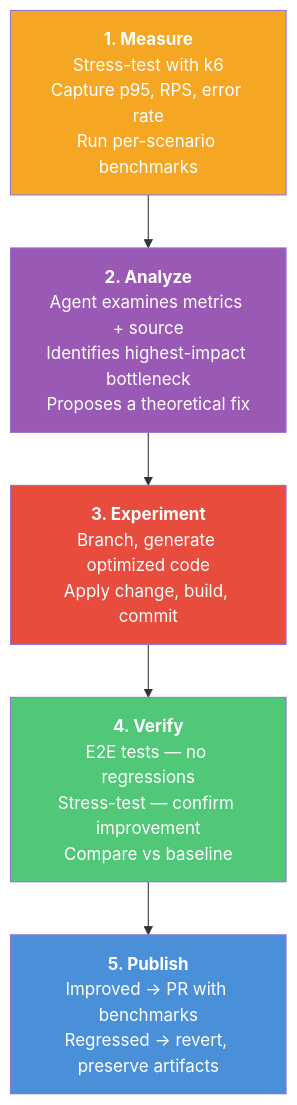
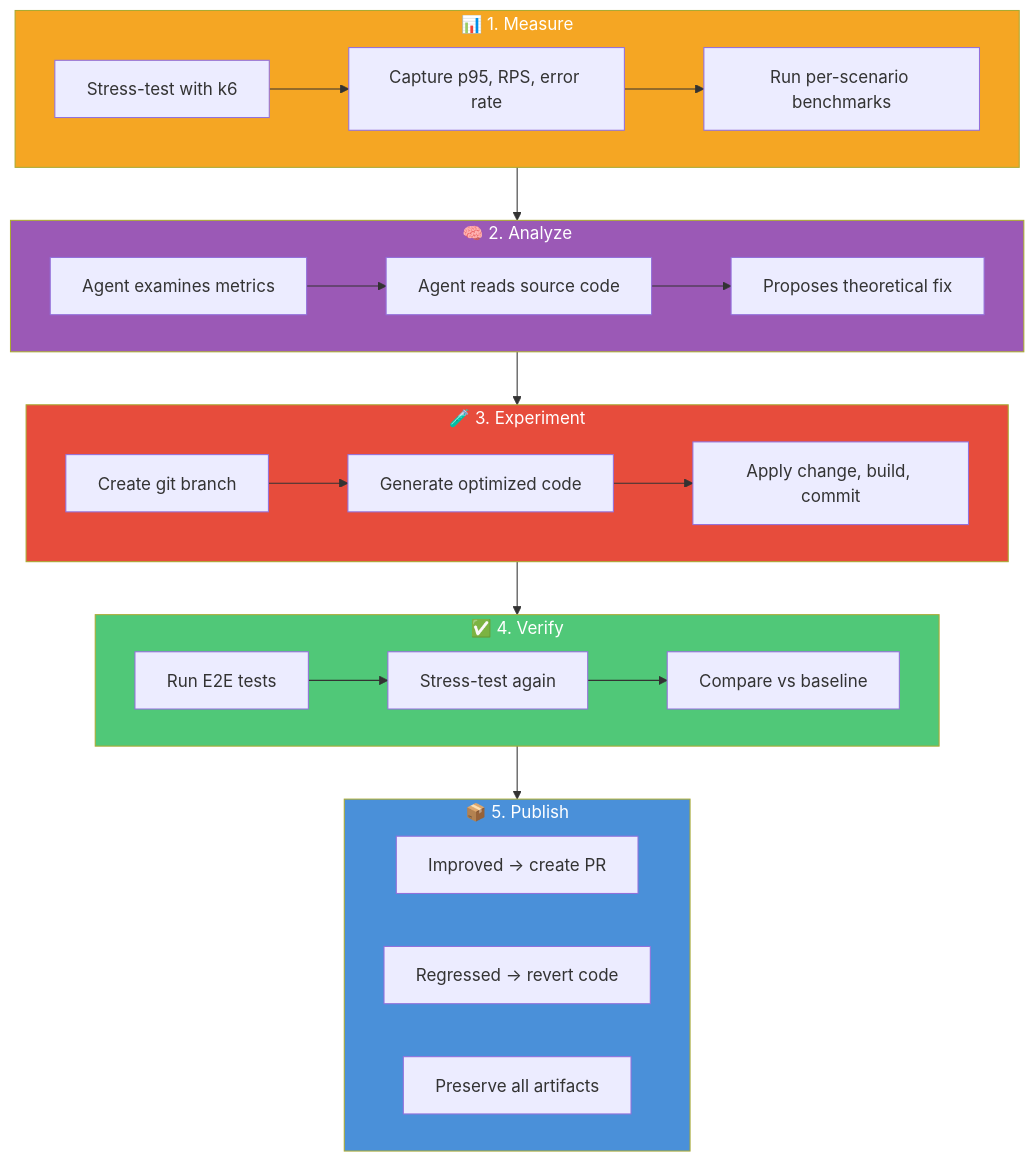
Before and after one commit to J-Bax/Hone: the first of 2 diagrams in docs/architecture.md, drawn with Mermaid.

Commit message:
docs: use subgraph groupings for iteration flow diagram
Each phase is now a subgraph containing individual step boxes,
avoiding text overflow in mermaid nodes.

````diff
--- a/docs/architecture.md
+++ b/docs/architecture.md
@@ -25,16 +25,44 @@
 ```mermaid
 flowchart TD
-    MEASURE["<b>1. Measure</b><br/>Stress-test with k6<br/>Capture p95, RPS, error rate<br/>Run per-scenario benchmarks"]
-    ANALYZE["<b>2. Analyze</b><br/>Agent examines metrics + source<br/>Identifies highest-impact bottleneck<br/>Proposes a theoretical fix"]
-    EXPERIMENT["<b>3. Experiment</b><br/>Branch, generate optimized code<br/>Apply change, build, commit"]
-    VERIFY["<b>4. Verify</b><br/>E2E tests — no regressions<br/>Stress-test — confirm improvement<br/>Compare vs baseline"]
-    PUBLISH["<b>5. Publish</b><br/>Improved → PR with benchmarks<br/>Regressed → revert, preserve artifacts"]
+    subgraph MEASURE["📊 1. Measure"]
+        M1["Stress-test with k6"]
+        M2["Capture p95, RPS, error rate"]
+        M3["Run per-scenario benchmarks"]
+        M1 --> M2 --> M3
+    end
+
+    subgraph ANALYZE["🧠 2. Analyze"]
+        A1["Agent examines metrics"]
+        A2["Agent reads source code"]
+        A3["Proposes theoretical fix"]
+        A1 --> A2 --> A3
+    end
+
+    subgraph EXPERIMENT["🧪 3. Experiment"]
+        E1["Create git branch"]
+        E2["Generate optimized code"]
+        E3["Apply change, build, commit"]
+        E1 --> E2 --> E3
+    end
+
+    subgraph VERIFY["✅ 4. Verify"]
+        V1["Run E2E tests"]
+        V2["Stress-test again"]
+        V3["Compare vs baseline"]
+        V1 --> V2 --> V3
+    end
+
+    subgraph PUBLISH["📦 5. Publish"]
+        P1["Improved → create PR"]
+        P2["Regressed → revert code"]
+        P3["Preserve all artifacts"]
+    end
 
     MEASURE --> ANALYZE --> EXPERIMENT --> VERIFY --> PUBLISH
 
     style MEASURE fill:#f5a623,color:#fff
     style ANALYZE fill:#9b59b6,color:#fff
     style EXPERIMENT fill:#e74c3c,color:#fff
     style VERIFY fill:#50c878,color:#fff
     style PUBLISH fill:#4a90d9,color:#fff
 ```
````
